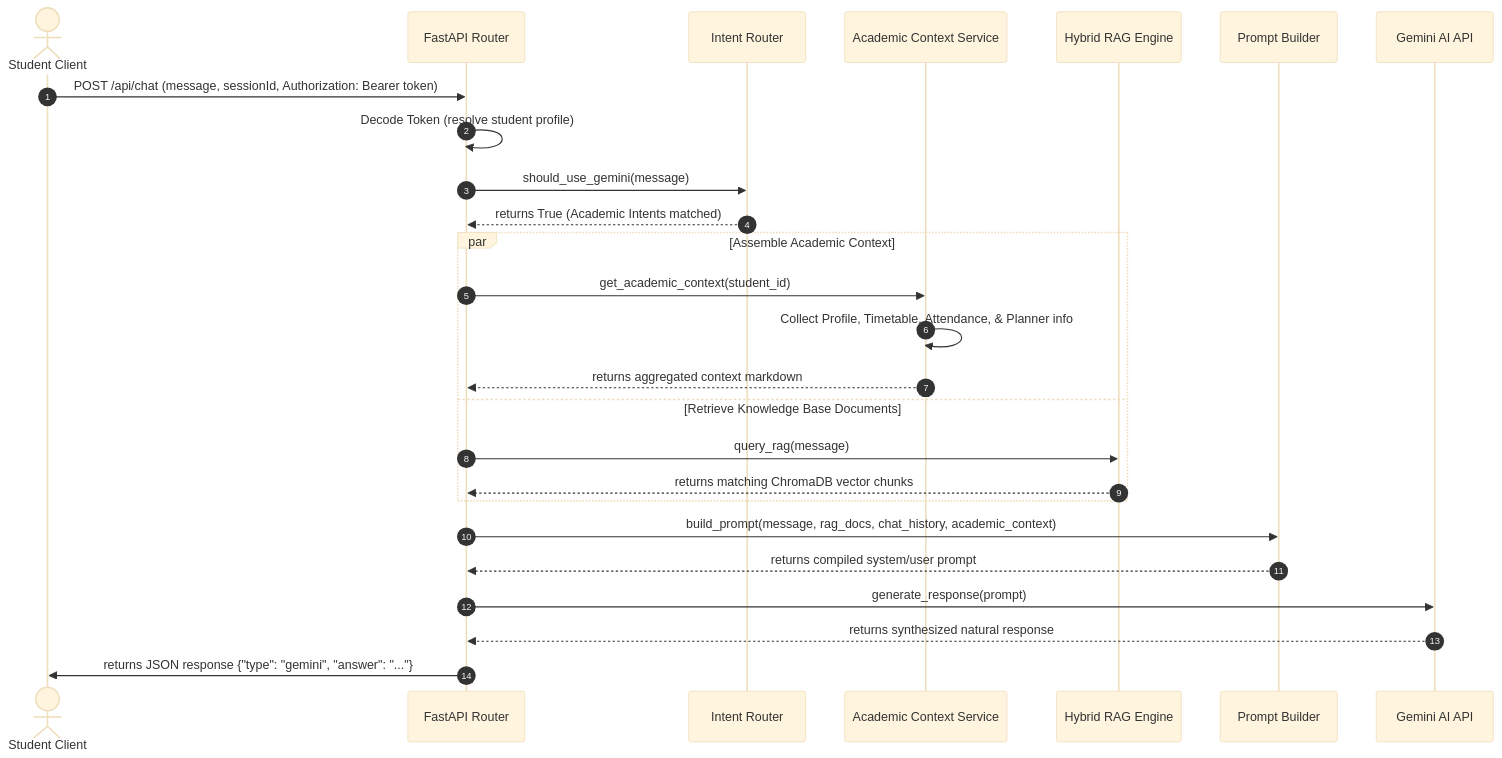
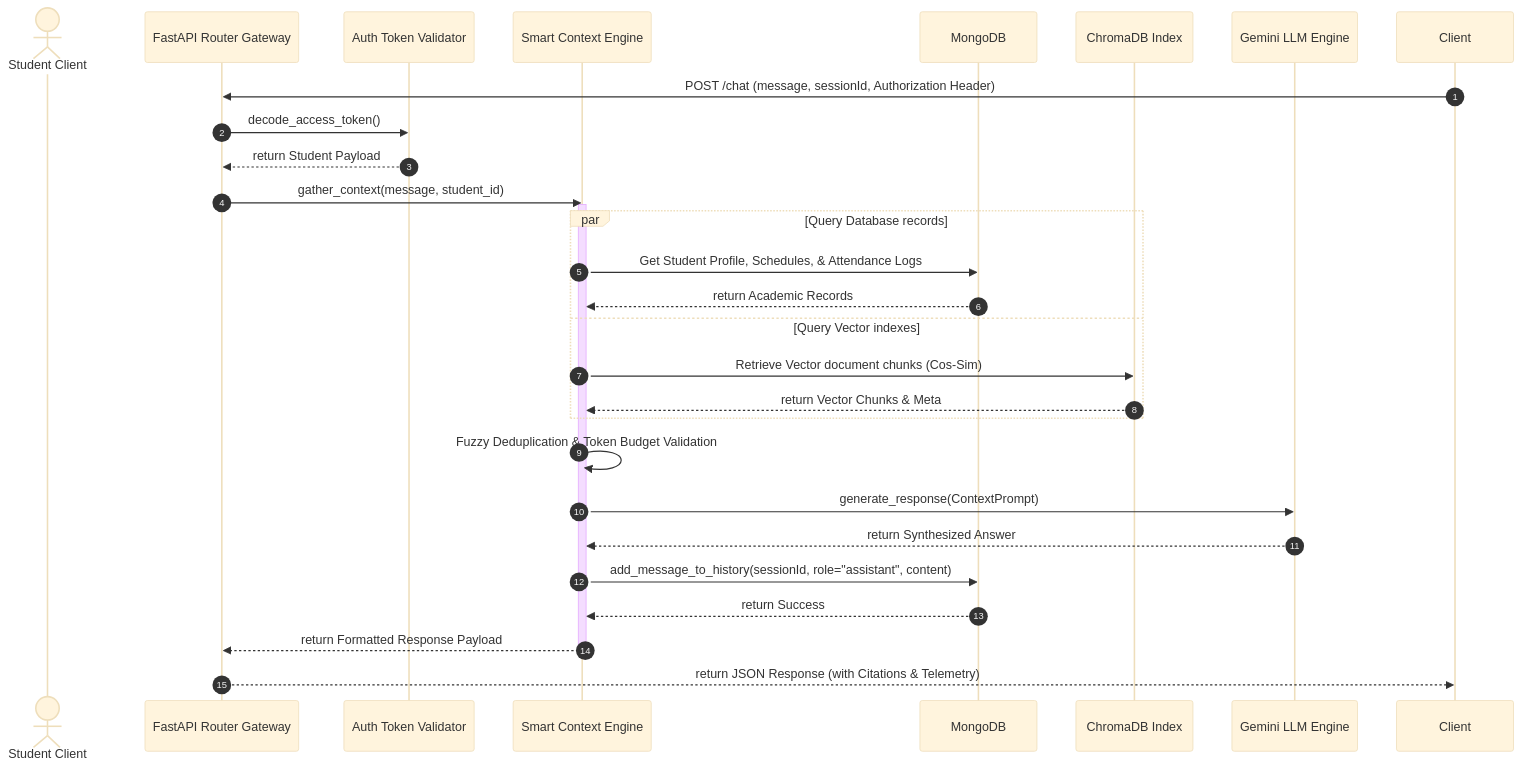
Before and after one commit to Anugrahbhuinya/BITAtlas: the second of 2 diagrams in README.md, drawn with Mermaid (base theme). The commit also changed other lines of this file and 29 other files, not shown here.

````diff
--- a/README.md
+++ b/README.md
@@ -151,33 +122,38 @@
 ```mermaid
 sequenceDiagram
     autonumber
     actor Student as Student Client
-    participant API as FastAPI Router
-    participant IR as Intent Router
-    participant ACS as Academic Context Service
-    participant RAG as Hybrid RAG Engine
-    participant PB as Prompt Builder
-    participant LLM as Gemini AI API
+    participant Router as FastAPI Router Gateway
+    participant Auth as Auth Token Validator
+    participant Context as Smart Context Engine
+    participant DB as MongoDB
+    participant Chroma as ChromaDB Index
+    participant Gemini as Gemini LLM Engine
+
+    Client->>Router: POST /chat (message, sessionId, Authorization Header)
+    Router->>Auth: decode_access_token()
+    Auth-->>Router: return Student Payload
     
-    Student->>API: POST /api/chat (message, sessionId, Authorization: Bearer token)
-    API->>API: Decode Token (resolve student profile)
-    API->>IR: should_use_gemini(message)
-    IR-->>API: returns True (Academic Intents matched)
+    Router->>Context: gather_context(message, student_id)
+    activate Context
     
-    par Assemble Academic Context
-        API->>ACS: get_academic_context(student_id)
-        ACS->>ACS: Collect Profile, Timetable, Attendance, & Planner info
-        ACS-->>API: returns aggregated context markdown
-    and Retrieve Knowledge Base Documents
-        API->>RAG: query_rag(message)
-        RAG-->>API: returns matching ChromaDB vector chunks
+    par Query Database records
+        Context->>DB: Get Student Profile, Schedules, & Attendance Logs
+        DB-->>Context: return Academic Records
+    and Query Vector indexes
+        Context->>Chroma: Retrieve Vector document chunks (Cos-Sim)
+        Chroma-->>Context: return Vector Chunks & Meta
     end
-
-    API->>PB: build_prompt(message, rag_docs, chat_history, academic_context)
-    PB-->>API: returns compiled system/user prompt
     
-    API->>LLM: generate_response(prompt)
-    LLM-->>API: returns synthesized natural response
+    Context->>Context: Fuzzy Deduplication & Token Budget Validation
+    Context->>Gemini: generate_response(ContextPrompt)
+    Gemini-->>Context: return Synthesized Answer
     
-    API->>Student: returns JSON response {"type": "gemini", "answer": "..."}
+    Context->>DB: add_message_to_history(sessionId, role="assistant", content)
+    DB-->>Context: return Success
+    
+    Context-->>Router: return Formatted Response Payload
+    deactivate Context
+    
+    Router-->>Client: return JSON Response (with Citations & Telemetry)
 ```
````
